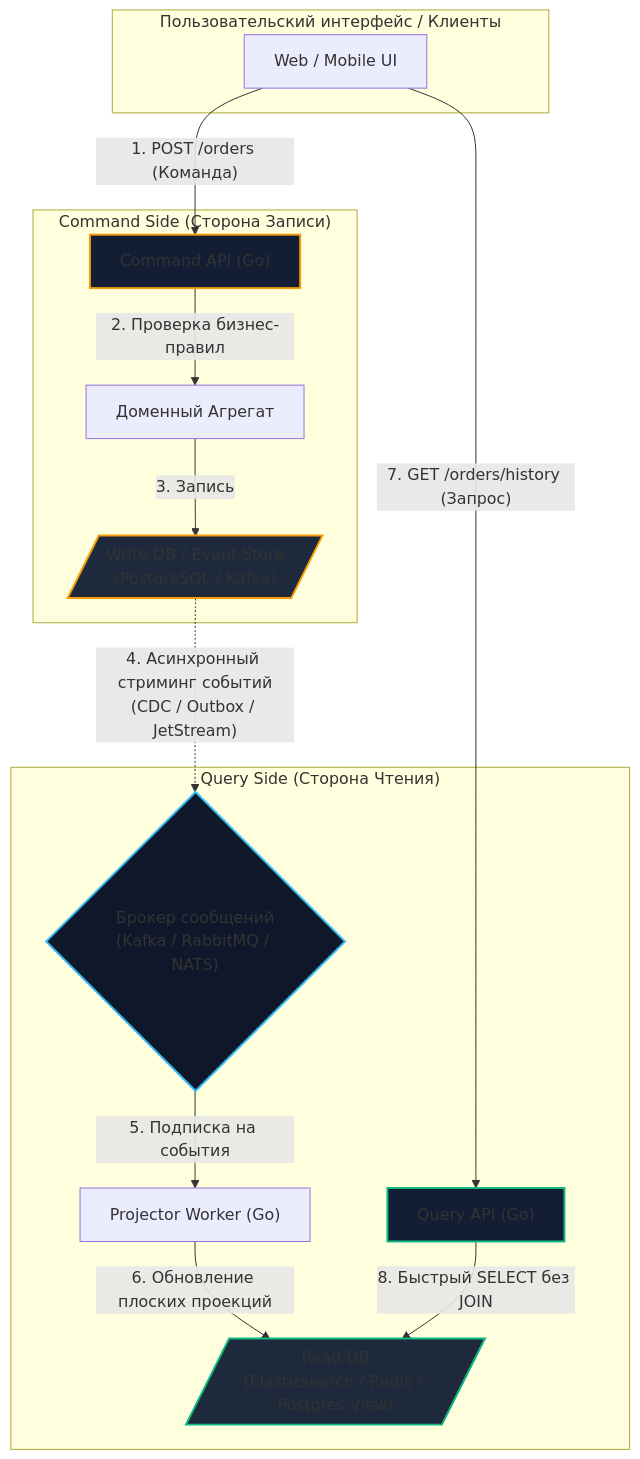
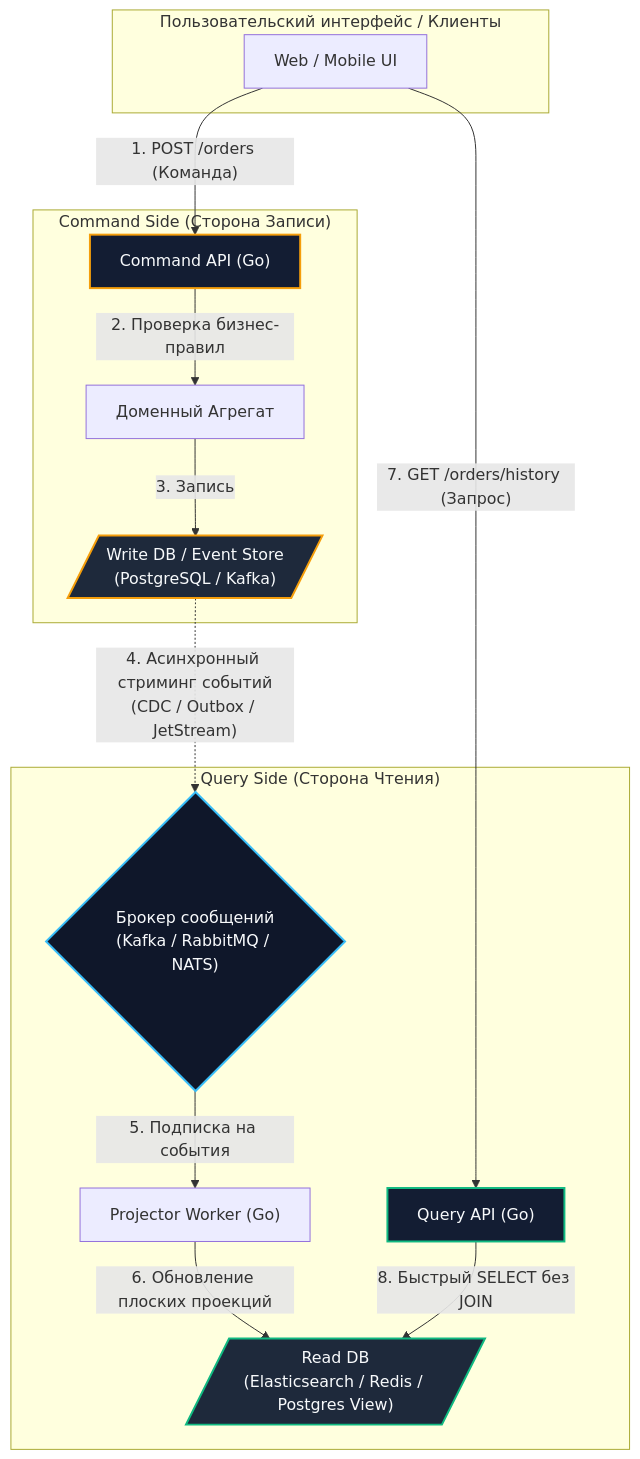
The diagram in sources/13. Очереди, брокеры сообщений и оркестраторы/05. Паттерны и архитектура/5. CQRS и брокеры.md (UnrealTemplier/go-textbook), drawn with Mermaid before and after one commit. The commit also changed 310 other files, not shown here.

First line of the commit message:
fix(mermaid): replace light fill colors with dark palette for readability on dark theme

````diff
--- a/sources/13. Очереди, брокеры сообщений и оркестраторы/05. Паттерны и архитектура/5. CQRS и брокеры.md
+++ b/sources/13. Очереди, брокеры сообщений и оркестраторы/05. Паттерны и архитектура/5. CQRS и брокеры.md
@@ -44,27 +44,27 @@
 ```mermaid
 flowchart TD
     subgraph ClientLayer ["Пользовательский интерфейс / Клиенты"]
         UI["Web / Mobile UI"]
     end
 
     subgraph CommandSide ["Command Side (Сторона Записи)"]
         UI -->|"1. POST /orders (Команда)"| C_API["Command API (Go)"]
         C_API -->|"2. Проверка бизнес-правил"| AGG["Доменный Агрегат"]
         AGG -->|"3. Запись"| W_DB[/"Write DB / Event Store<br>(PostgreSQL / Kafka)"/]
     end
 
     W_DB -.->|"4. Асинхронный стриминг событий<br>(CDC / Outbox / JetStream)"| Broker{"Брокер сообщений<br>(Kafka / RabbitMQ / NATS)"}
 
     subgraph QuerySide ["Query Side (Сторона Чтения)"]
         Broker -->|"5. Подписка на события"| PROJ["Projector Worker (Go)"]
         PROJ -->|"6. Обновление плоских проекций"| R_DB[/"Read DB<br>(Elasticsearch / Redis / Postgres View)"/]
         UI -->|"7. GET /orders/history (Запрос)"| Q_API["Query API (Go)"]
         Q_API -->|"8. Быстрый SELECT без JOIN"| R_DB
     end
 
-    style Broker fill:#0f172a,stroke:#38bdf8,stroke-width:2px
-    style W_DB fill:#1e293b,stroke:#f59e0b,stroke-width:2px
-    style R_DB fill:#1e293b,stroke:#10b981,stroke-width:2px
-    style C_API fill:#131d33,stroke:#f59e0b,stroke-width:2px
-    style Q_API fill:#131d33,stroke:#10b981,stroke-width:2px
+    style Broker fill:#0f172a,stroke:#38bdf8,stroke-width:2px,color:#f8fafc
+    style W_DB fill:#1e293b,stroke:#f59e0b,stroke-width:2px,color:#f8fafc
+    style R_DB fill:#1e293b,stroke:#10b981,stroke-width:2px,color:#f8fafc
+    style C_API fill:#131d33,stroke:#f59e0b,stroke-width:2px,color:#f8fafc
+    style Q_API fill:#131d33,stroke:#10b981,stroke-width:2px,color:#f8fafc
 ```
````
